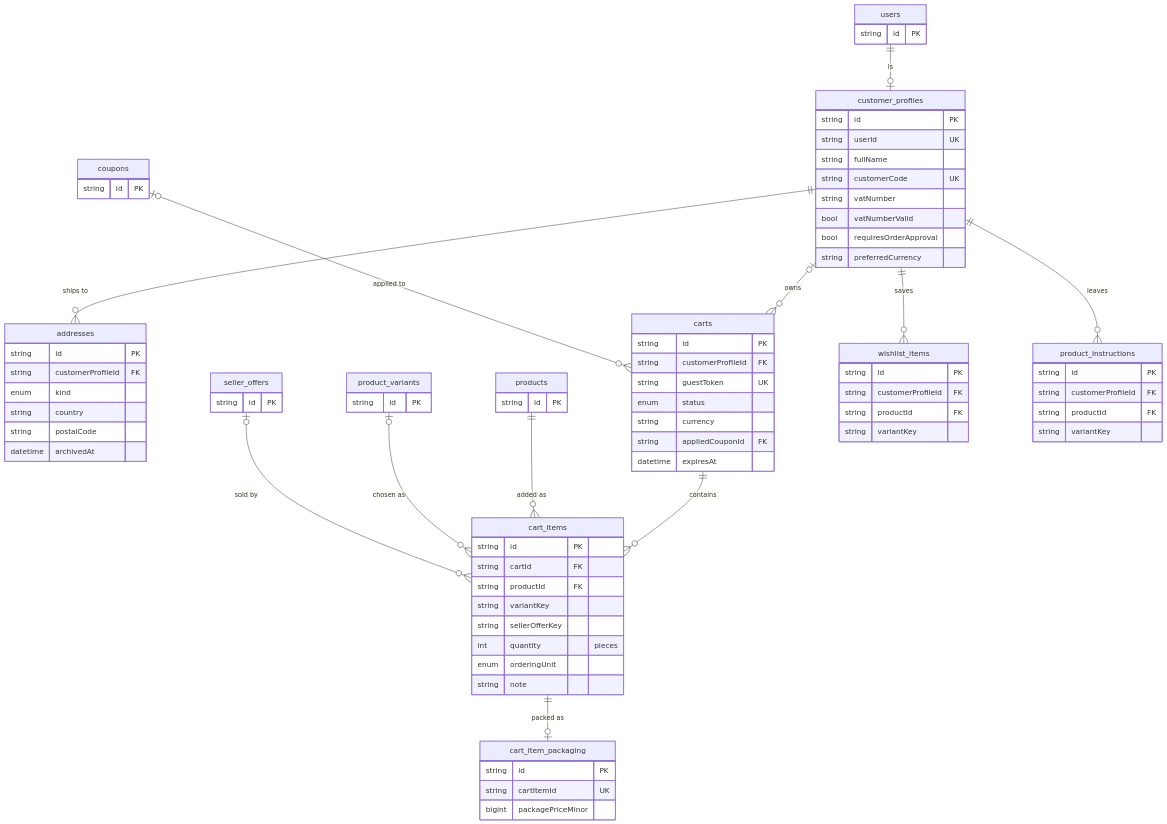
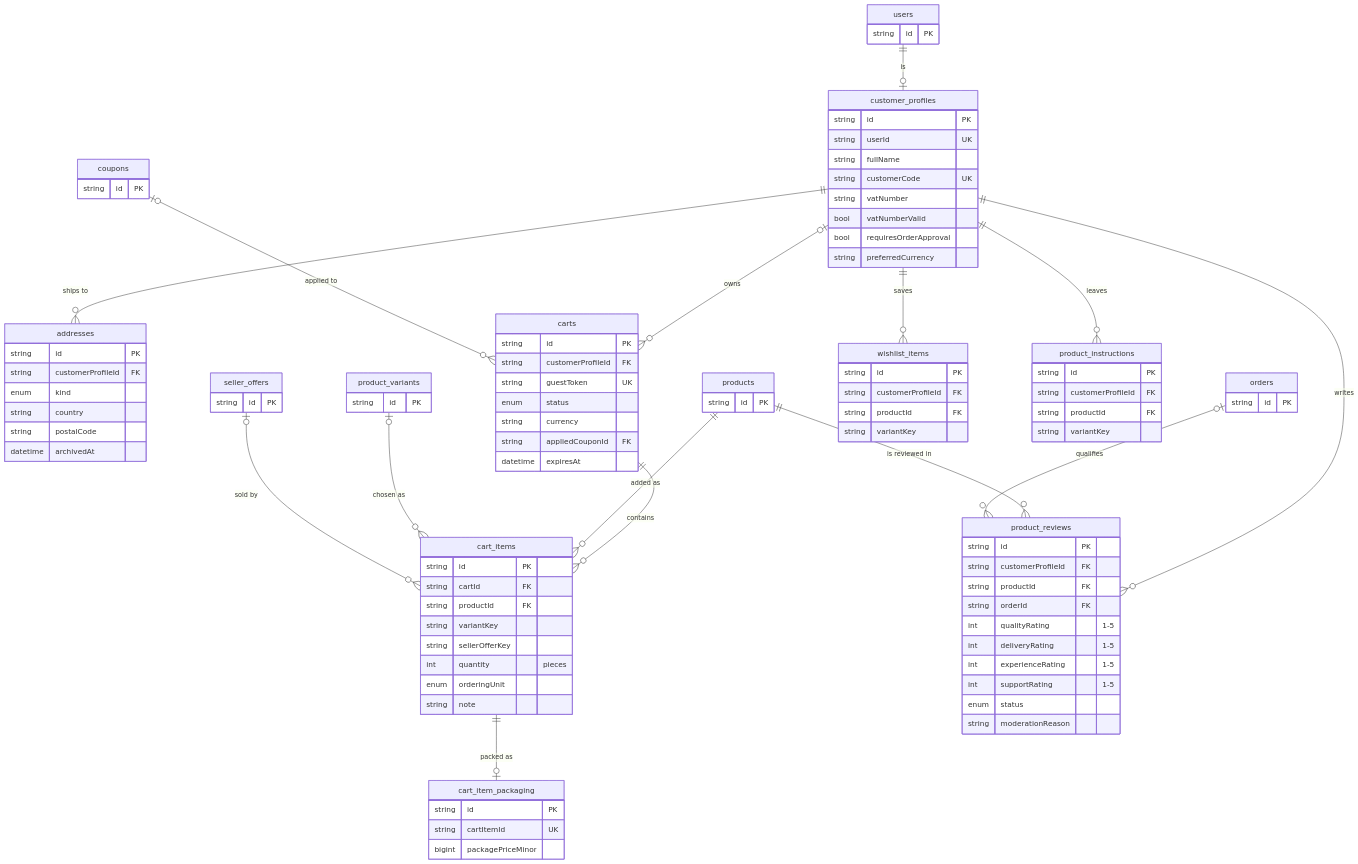
One commit to UBoss-AI/UBoss-Sourcing changed the sixth of 41 diagrams in docs/DATABASE-DESIGN.md. Above: the diagram before and after it, drawn with Mermaid. The commit also changed other lines of this file and 358 other files, not shown here.

```diff
--- a/docs/DATABASE-DESIGN.md
+++ b/docs/DATABASE-DESIGN.md
@@ -1258,6 +1302,9 @@
     coupons |o--o{ carts : "applied to"
     customer_profiles ||--o{ wishlist_items : "saves"
     customer_profiles ||--o{ product_instructions : "leaves"
+    customer_profiles ||--o{ product_reviews : "writes"
+    products ||--o{ product_reviews : "is reviewed in"
+    orders |o--o{ product_reviews : "qualifies"
     customer_profiles {
         string id PK
         string userId UK
@@ -1312,6 +1359,21 @@
         string productId FK
         string variantKey
     }
+    product_reviews {
+        string id PK
+        string customerProfileId FK
+        string productId FK
+        string orderId FK
+        int qualityRating "1-5"
+        int deliveryRating "1-5"
+        int experienceRating "1-5"
+        int supportRating "1-5"
+        enum status
+        string moderationReason
+    }
+    orders {
+        string id PK
+    }
     users {
         string id PK
     }
```
